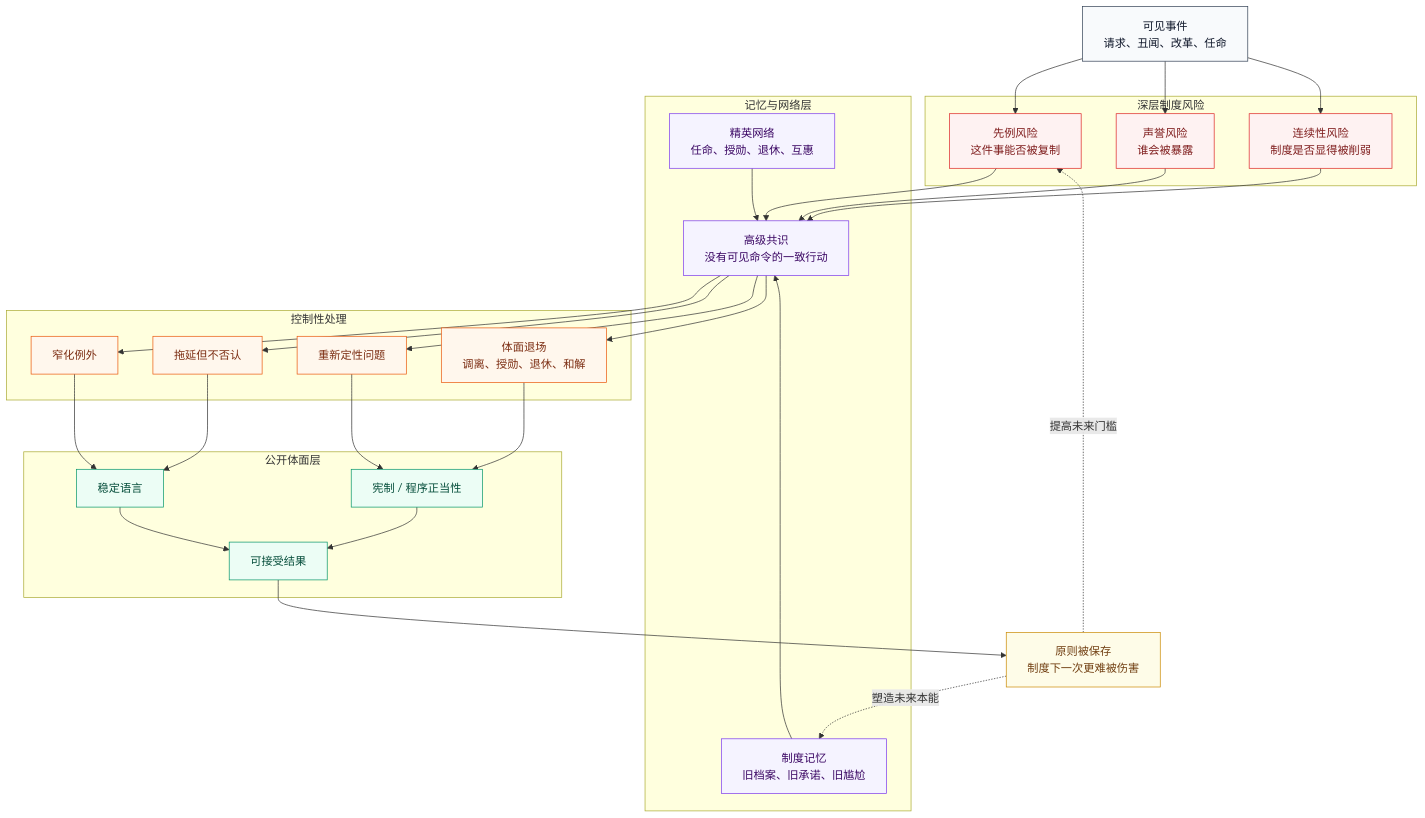
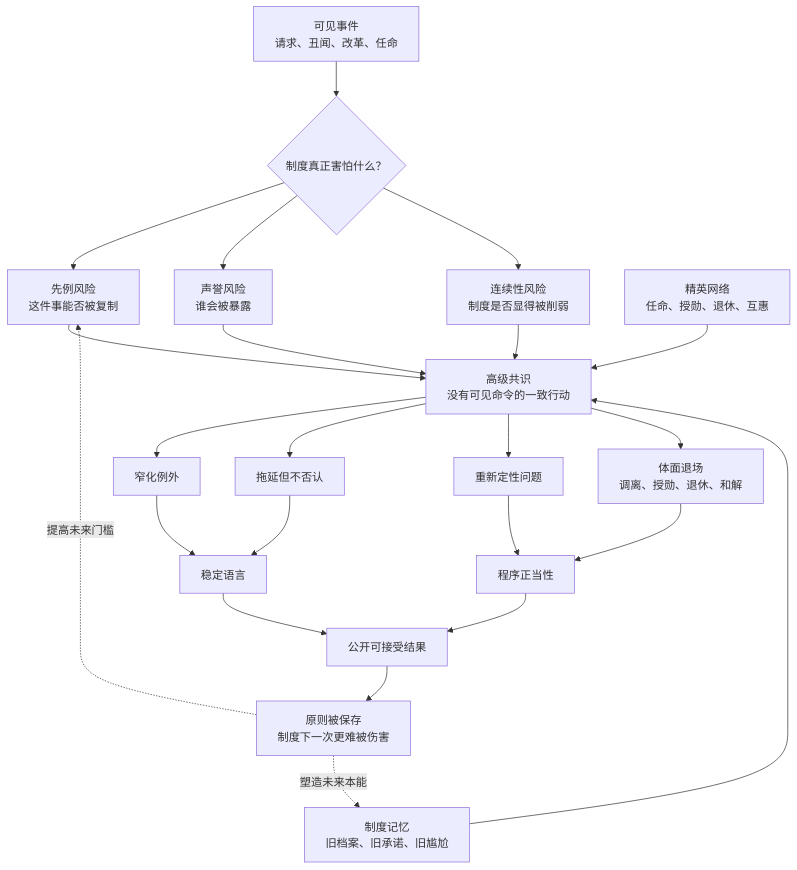
Before and after one commit to Mingfius-Song/GCMG-ladder_to_apotheosis-skill: the eighth of 8 diagrams in README.md, drawn with Mermaid. The commit also changed other lines of this file, not shown here.

Commit message:
Simplify internal architecture diagrams

````diff
--- a/README.md
+++ b/README.md
@@ -617,60 +543,32 @@
 ```mermaid
-flowchart TB
-    EventCN2["可见事件<br/>请求、丑闻、改革、任命"]:::input
+flowchart TD
+    ECN["可见事件<br/>请求、丑闻、改革、任命"] --> RKCN{"制度真正害怕什么？"}
 
-    subgraph RiskCN2["深层制度风险"]
-        PrecedentCN2["先例风险<br/>这件事能否被复制"]:::risk
-        ReputationCN2["声誉风险<br/>谁会被暴露"]:::risk
-        ContinuityCN2["连续性风险<br/>制度是否显得被削弱"]:::risk
-    end
+    RKCN --> P0CN["先例风险<br/>这件事能否被复制"]
+    RKCN --> R0CN["声誉风险<br/>谁会被暴露"]
+    RKCN --> C0CN["连续性风险<br/>制度是否显得被削弱"]
 
-    subgraph MemoryNetCN["记忆与网络层"]
-        MemoryCN2["制度记忆<br/>旧档案、旧承诺、旧尴尬"]:::memory
-        NetworkCN2["精英网络<br/>任命、授勋、退休、互惠"]:::memory
-        ConsensusCN["高级共识<br/>没有可见命令的一致行动"]:::memory
-    end
+    P0CN --> SCCN["高级共识<br/>没有可见命令的一致行动"]
+    R0CN --> SCCN
+    C0CN --> SCCN
 
-    subgraph ContainmentCN2["控制性处理"]
-        NarrowingCN["窄化例外"]:::contain
-        DelayCN["拖延但不否认"]:::contain
-        ReclassifyCN["重新定性问题"]:::contain
-        DignifiedExitCN["体面退场<br/>调离、授勋、退休、和解"]:::contain
-    end
+    MEMCN["制度记忆<br/>旧档案、旧承诺、旧尴尬"] --> SCCN
+    NETCN["精英网络<br/>任命、授勋、退休、互惠"] --> SCCN
 
-    subgraph PublicFaceCN["公开体面层"]
-        StabilityCN["稳定语言"]:::public
-        ProprietyCN["宪制 / 程序正当性"]:::public
-        OutcomeCN2["可接受结果"]:::public
-    end
+    SCCN --> NCN["窄化例外"]
+    SCCN --> DLCN["拖延但不否认"]
+    SCCN --> RCCN["重新定性问题"]
+    SCCN --> DECN["体面退场<br/>调离、授勋、退休、和解"]
 
-    DoctrineCN2["原则被保存<br/>制度下一次更难被伤害"]:::doctrine
+    NCN --> STCN["稳定语言"]
+    DLCN --> STCN
+    RCCN --> PPCN["程序正当性"]
+    DECN --> PPCN
 
-    EventCN2 --> PrecedentCN2
-    EventCN2 --> ReputationCN2
-    EventCN2 --> ContinuityCN2
-    PrecedentCN2 --> ConsensusCN
-    ReputationCN2 --> ConsensusCN
-    ContinuityCN2 --> ConsensusCN
-    MemoryCN2 --> ConsensusCN
-    NetworkCN2 --> ConsensusCN
-    ConsensusCN --> NarrowingCN
-    ConsensusCN --> DelayCN
-    ConsensusCN --> ReclassifyCN
-    ConsensusCN --> DignifiedExitCN
-    NarrowingCN --> StabilityCN
-    DelayCN --> StabilityCN
-    ReclassifyCN --> ProprietyCN
-    DignifiedExitCN --> ProprietyCN
-    StabilityCN --> OutcomeCN2
-    ProprietyCN --> OutcomeCN2
-    OutcomeCN2 --> DoctrineCN2
-    DoctrineCN2 -.塑造未来本能.-> MemoryCN2
-    DoctrineCN2 -.提高未来门槛.-> PrecedentCN2
+    STCN --> OC2N["公开可接受结果"]
+    PPCN --> OC2N
+    OC2N --> DOCCN["原则被保存<br/>制度下一次更难被伤害"]
 
-    classDef input fill:#f8fafc,stroke:#334155,stroke-width:1px,color:#0f172a
-    classDef risk fill:#fef2f2,stroke:#dc2626,stroke-width:1px,color:#7f1d1d
-    classDef memory fill:#f5f3ff,stroke:#7c3aed,stroke-width:1px,color:#3b0764
-    classDef contain fill:#fff7ed,stroke:#ea580c,stroke-width:1px,color:#7c2d12
-    classDef public fill:#ecfdf5,stroke:#059669,stroke-width:1px,color:#064e3b
-    classDef doctrine fill:#fefce8,stroke:#ca8a04,stroke-width:1px,color:#713f12
+    DOCCN -.塑造未来本能.-> MEMCN
+    DOCCN -.提高未来门槛.-> P0CN
 ```
````
